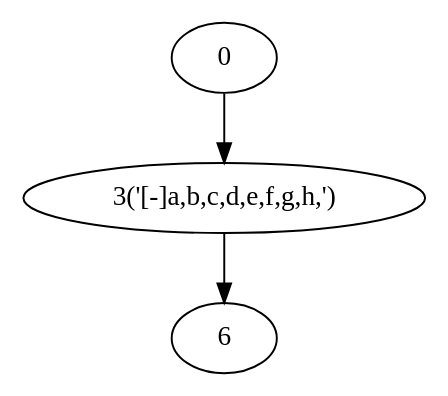
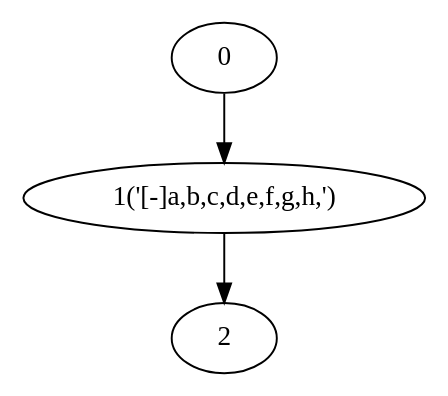
Before and after one commit to yyl-20020115/NRegEx: the diagram in NRegex.Test/Graphs/TestMethod17.dot, drawn with Graphviz. The commit also changed 28 other files, not shown here.

```diff
--- a/NRegex.Test/Graphs/TestMethod17.dot
+++ b/NRegex.Test/Graphs/TestMethod17.dot
@@ -1,7 +1,7 @@
 digraph g {
 	0 ;
-	3 [label="3('[-]a,b,c,d,e,f,g,h,')"];
-	6 ;
-	0->3;
-	3->6;
+	1 [label="1('[-]a,b,c,d,e,f,g,h,')"];
+	2 ;
+	0->1;
+	1->2;
 }
```
